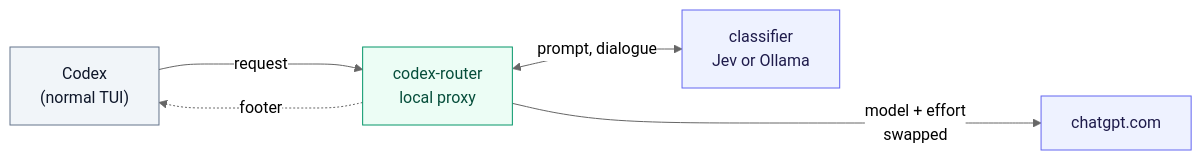
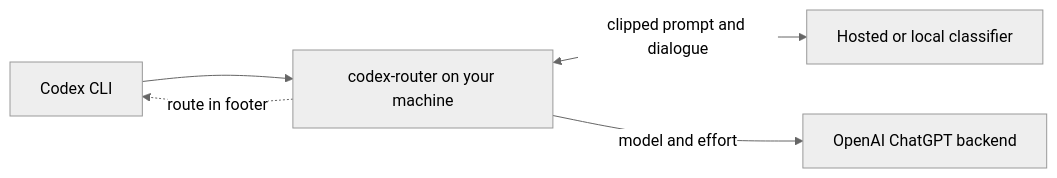
Before and after one commit to alexei-led/codex-router: the diagram in README.md, drawn with Mermaid (neutral theme). The commit also changed other lines of this file and 32 other files, not shown here.

````diff
--- a/README.md
+++ b/README.md
@@ -30,11 +30,7 @@
 ```mermaid
 flowchart LR
-  codex["Codex<br/>(normal TUI)"]:::codex ---->|"request"| proxy["codex-router<br/>local proxy"]:::core
-  proxy <-->|"prompt, dialogue"| cls["classifier<br/>Jev or Ollama"]:::ext
-  proxy ---->|"model + effort<br/>swapped"| up["chatgpt.com"]:::ext
-  proxy -.->|"footer"| codex
-
-  classDef core fill:#ecfdf5,stroke:#059669,color:#064e3b
-  classDef codex fill:#f1f5f9,stroke:#64748b,color:#0f172a
-  classDef ext fill:#eef2ff,stroke:#6366f1,color:#1e1b4b
+  codex["Codex CLI"] --> router["codex-router on your machine"]
+  router <-->|"clipped prompt and dialogue"| classifier["Hosted or local classifier"]
+  router -->|"model and effort"| openai["OpenAI ChatGPT backend"]
+  router -.->|"route in footer"| codex
 ```
````
